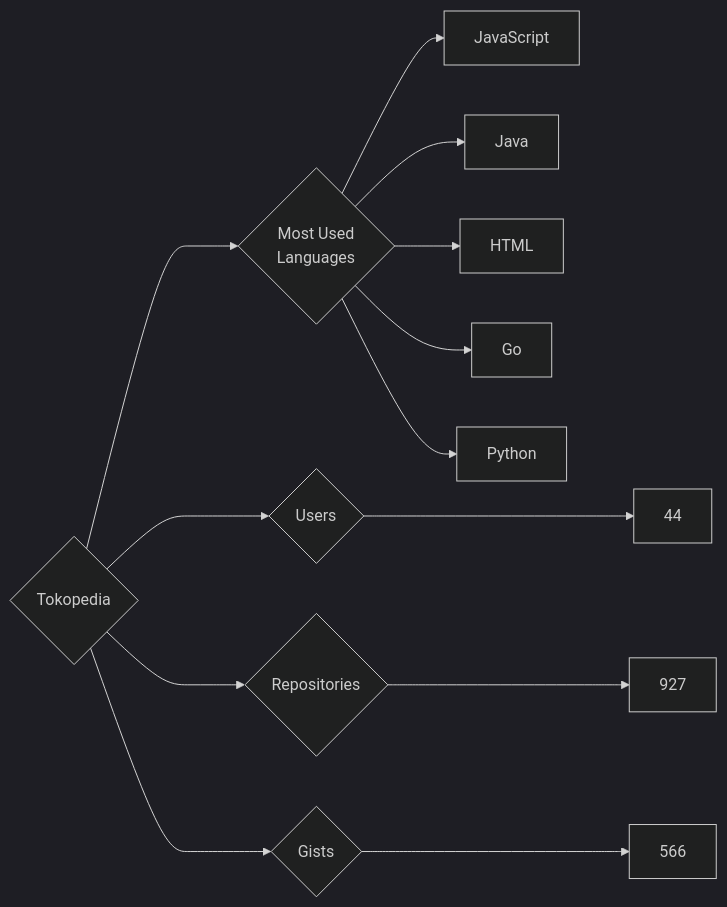
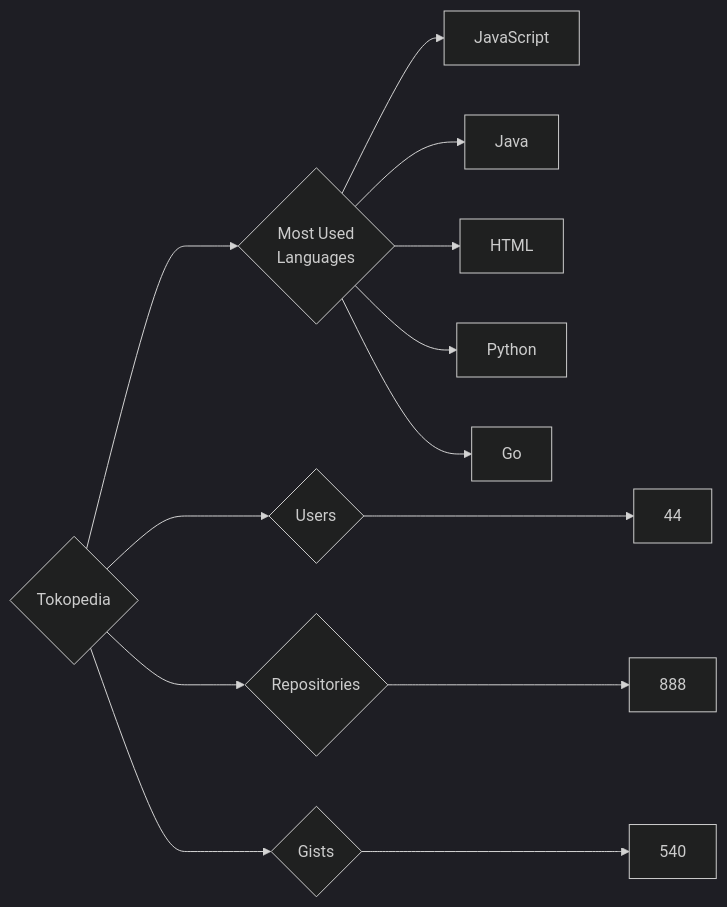
One commit to trickest/insiders changed the diagram in targets/Tokopedia/README.md. Above: the diagram before and after it, drawn with Mermaid (dark theme). The commit also changed 970 other files, not shown here.

````diff
--- a/targets/Tokopedia/README.md
+++ b/targets/Tokopedia/README.md
@@ -3,13 +3,13 @@
 ```mermaid
 graph LR
 COMPANY_NAME{Tokopedia}
 COMPANY_NAME ---> U{Users} ---> UN[44]
-COMPANY_NAME ---> R{Repositories} ---> RN[927]
-COMPANY_NAME ---> G{Gists} ---> GN[566]
+COMPANY_NAME ---> R{Repositories} ---> RN[888]
+COMPANY_NAME ---> G{Gists} ---> GN[540]
 COMPANY_NAME ---> ML{Most Used<br>Languages}
 ML --> JavaScript[JavaScript]
 ML --> Java[Java]
 ML --> HTML[HTML]
+ML --> Python[Python]
 ML --> Go[Go]
-ML --> Python[Python]
 ```
````
